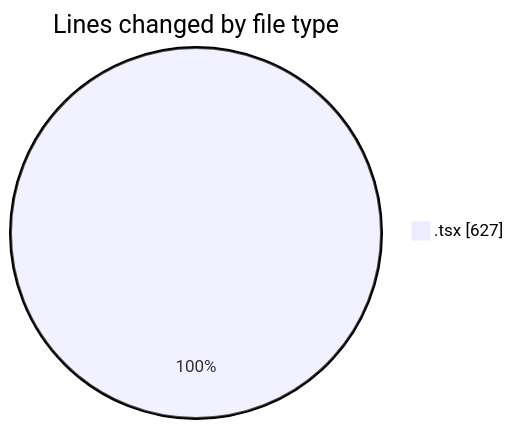
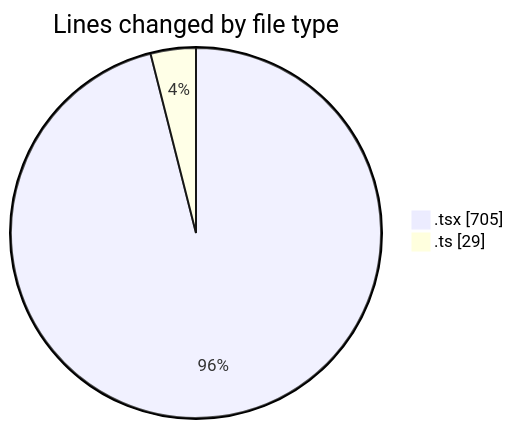
The first of 2 diagrams in 2026-04-07/airfeed-analytics-dashboard/README.md (nxtqubesakshisongat/code-tracking), drawn with Mermaid before and after one commit. The commit also changed other lines of this file and 1 other file, not shown here.

````diff
--- a/2026-04-07/airfeed-analytics-dashboard/README.md
+++ b/2026-04-07/airfeed-analytics-dashboard/README.md
@@ -26,5 +27,6 @@
 ```mermaid
 pie showData
 title Lines changed by file type
-".tsx" : 627
+".tsx" : 705
+".ts" : 29
 ```
````
